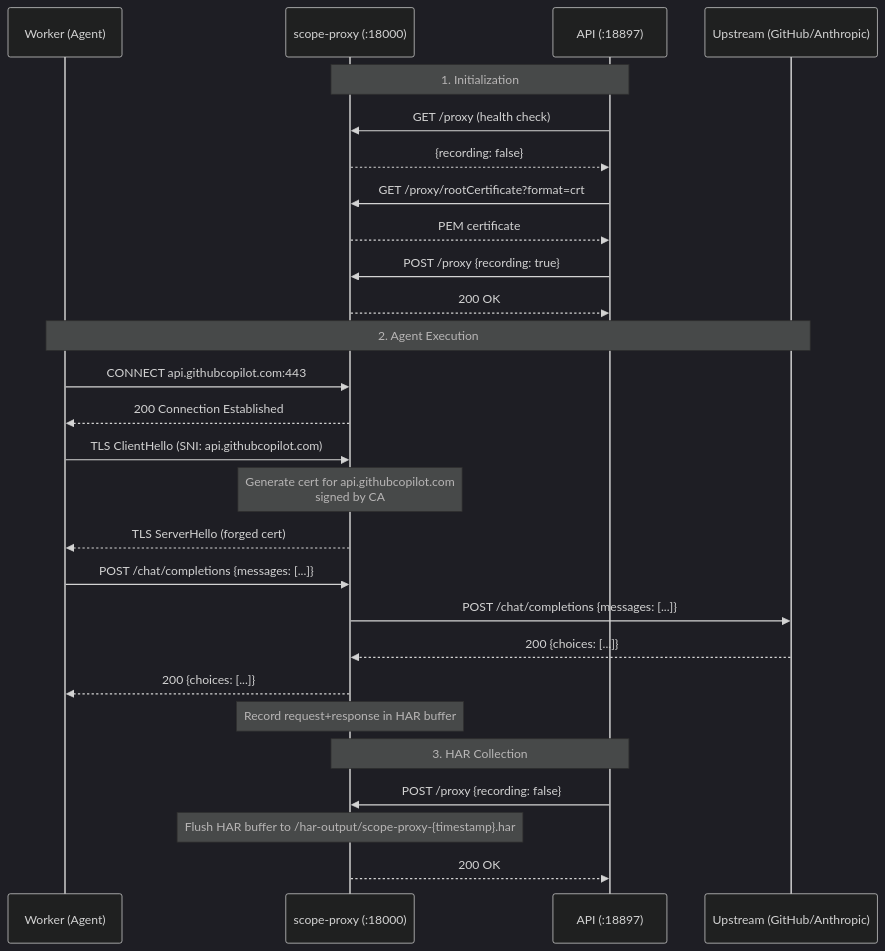
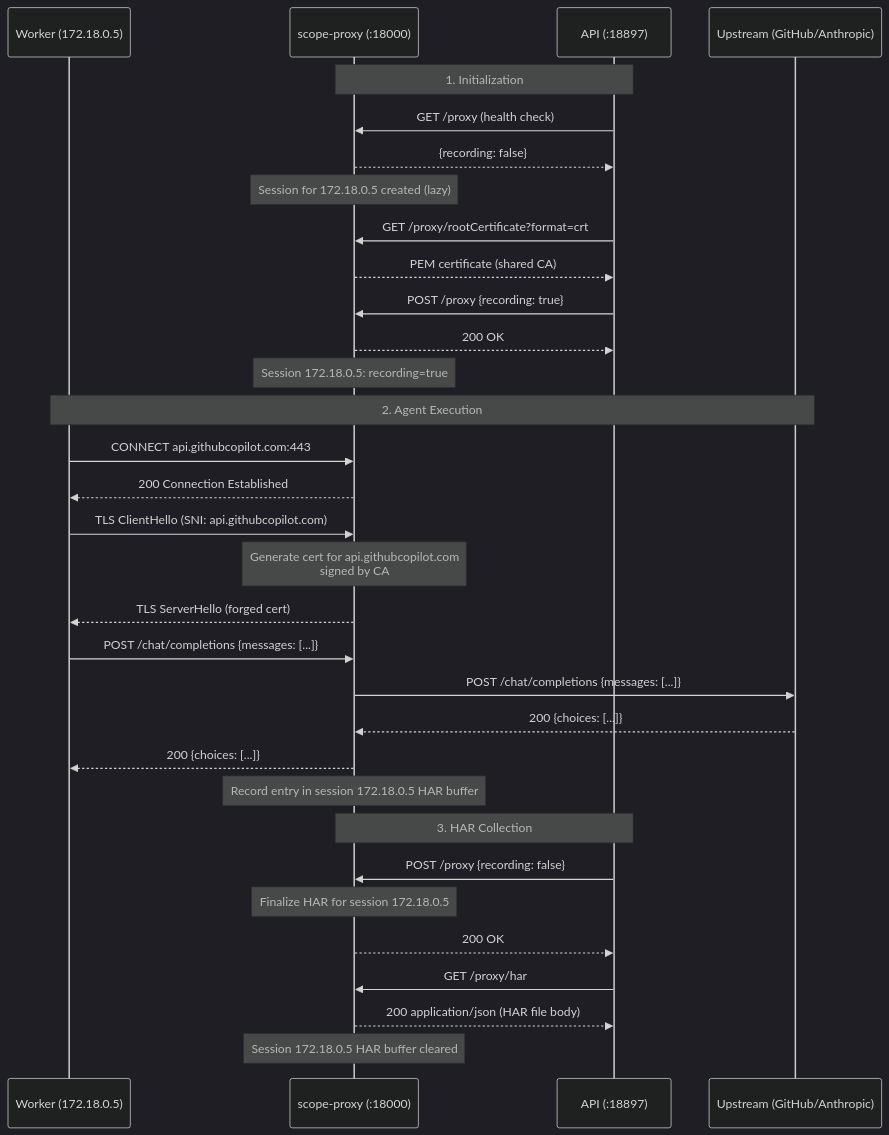
The second of 4 diagrams in docs/design/rust-tls-proxy.md (Gile987/scope), drawn with Mermaid (dark theme) before and after one commit. The commit also changed other lines of this file, not shown here.

Commit message:
docs: update plan — shared proxy with IP sessions, GET /proxy/har, unit tests, K8S manifests

````diff
--- a/docs/design/rust-tls-proxy.md
+++ b/docs/design/rust-tls-proxy.md
@@ -69,32 +82,37 @@
 ```mermaid
 sequenceDiagram
-    participant W as Worker (Agent)
+    participant W as Worker (172.18.0.5)
     participant P as scope-proxy (:18000)
     participant A as API (:18897)
     participant U as Upstream (GitHub/Anthropic)
 
     Note over A,P: 1. Initialization
     A->>P: GET /proxy (health check)
     P-->>A: {recording: false}
+    Note over P: Session for 172.18.0.5 created (lazy)
     A->>P: GET /proxy/rootCertificate?format=crt
-    P-->>A: PEM certificate
+    P-->>A: PEM certificate (shared CA)
     A->>P: POST /proxy {recording: true}
     P-->>A: 200 OK
+    Note over P: Session 172.18.0.5: recording=true
 
     Note over W,U: 2. Agent Execution
     W->>P: CONNECT api.githubcopilot.com:443
     P-->>W: 200 Connection Established
     W->>P: TLS ClientHello (SNI: api.githubcopilot.com)
     Note over P: Generate cert for api.githubcopilot.com<br/>signed by CA
     P-->>W: TLS ServerHello (forged cert)
     W->>P: POST /chat/completions {messages: [...]}
     P->>U: POST /chat/completions {messages: [...]}
     U-->>P: 200 {choices: [...]}
     P-->>W: 200 {choices: [...]}
-    Note over P: Record request+response in HAR buffer
+    Note over P: Record entry in session 172.18.0.5 HAR buffer
 
     Note over A,P: 3. HAR Collection
     A->>P: POST /proxy {recording: false}
-    Note over P: Flush HAR buffer to /har-output/scope-proxy-{timestamp}.har
+    Note over P: Finalize HAR for session 172.18.0.5
     P-->>A: 200 OK
+    A->>P: GET /proxy/har
+    P-->>A: 200 application/json (HAR file body)
+    Note over P: Session 172.18.0.5 HAR buffer cleared
 ```
````
